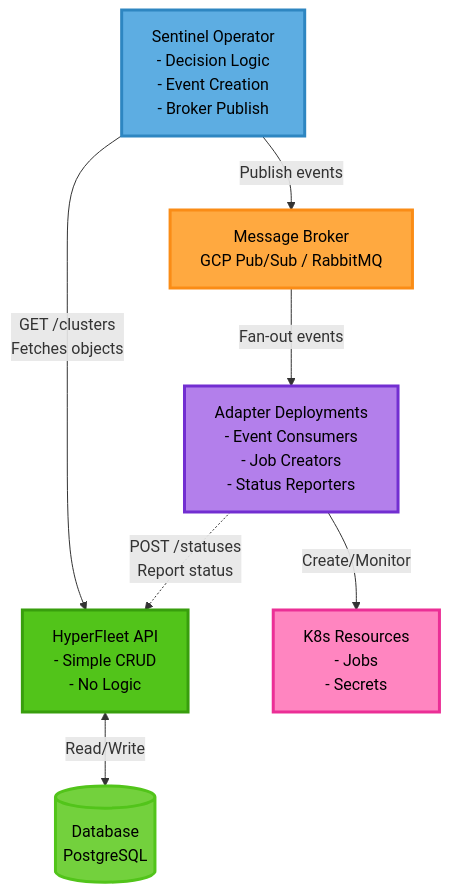
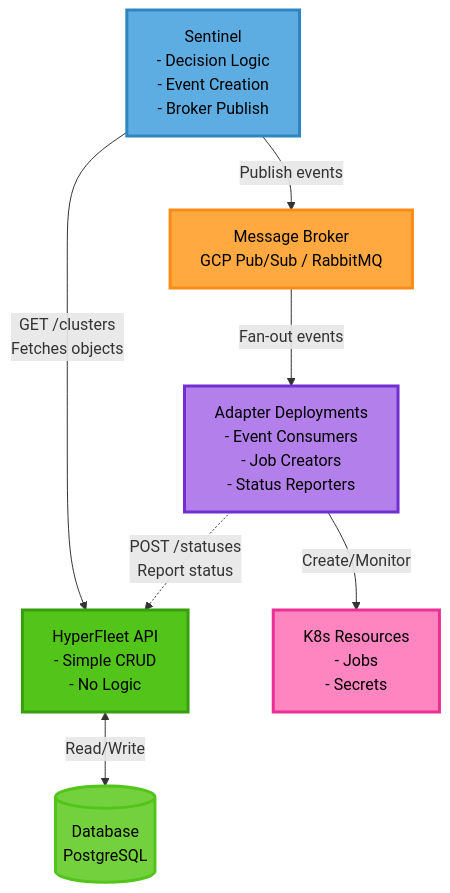
Before and after one commit to rafabene/hyperfleet-architecture: the first of 3 diagrams in hyperfleet/architecture/architecture-summary.md, drawn with Mermaid. The commit also changed other lines of this file and 5 other files, not shown here.

````diff
--- a/hyperfleet/architecture/architecture-summary.md
+++ b/hyperfleet/architecture/architecture-summary.md
@@ -36,36 +36,36 @@
 ```mermaid
 graph TB
-    SO[Sentinel Operator<br/>- Decision Logic<br/>- Event Creation<br/>- Broker Publish]
+    SO[Sentinel<br/>- Decision Logic<br/>- Event Creation<br/>- Broker Publish]
 
     API[HyperFleet API<br/>- Simple CRUD<br/>- No Logic]
     DB[(Database<br/>PostgreSQL)]
 
     MB[Message Broker<br/>GCP Pub/Sub / RabbitMQ]
 
     AD[Adapter Deployments<br/>- Event Consumers<br/>- Job Creators<br/>- Status Reporters]
 
     K8S[K8s Resources<br/>- Jobs<br/>- Secrets]
 
     %% Connections
     SO -->|GET /clusters<br/>Fetches objects| API
     API <-->|Read/Write| DB
     SO -->|Publish events| MB
     MB -->|Fan-out events| AD
     AD -->|Create/Monitor| K8S
     AD -.->|POST /statuses<br/>Report status| API
 
     %% Styling for dark theme
     classDef sentinelStyle fill:#5DADE2,stroke:#2E86C1,stroke-width:3px,color:#000
     classDef apiStyle fill:#52C41A,stroke:#389E0D,stroke-width:3px,color:#000
     classDef dbStyle fill:#73D13D,stroke:#52C41A,stroke-width:3px,color:#000
     classDef brokerStyle fill:#FFA940,stroke:#FA8C16,stroke-width:3px,color:#000
     classDef adapterStyle fill:#B37FEB,stroke:#722ED1,stroke-width:3px,color:#000
     classDef k8sStyle fill:#FF85C0,stroke:#EB2F96,stroke-width:3px,color:#000
 
     class SO sentinelStyle
     class API apiStyle
     class DB dbStyle
     class MB brokerStyle
     class AD adapterStyle
     class K8S k8sStyle
 ```
````
